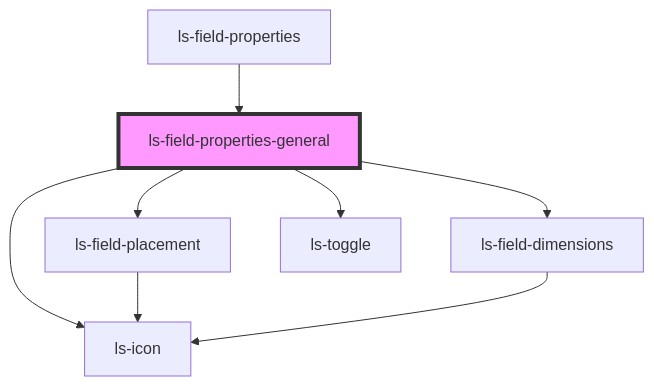
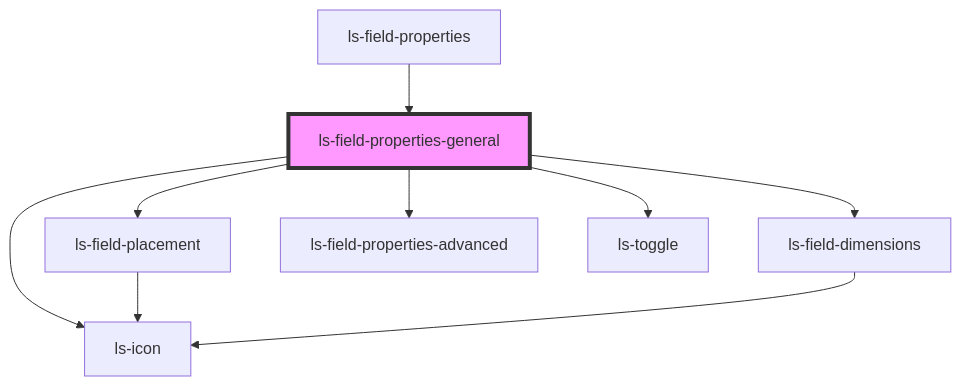
One commit to legalesign/ls-document-viewer changed the diagram in src/components/ls-field-properties-general/readme.md. Above: the diagram before and after it, drawn with Mermaid. The commit also changed other lines of this file and 25 other files, not shown here.

````diff
--- a/src/components/ls-field-properties-general/readme.md
+++ b/src/components/ls-field-properties-general/readme.md
@@ -30,11 +31,12 @@
 ```mermaid
 graph TD;
   ls-field-properties-general --> ls-field-placement
   ls-field-properties-general --> ls-field-dimensions
+  ls-field-properties-general --> ls-field-properties-advanced
   ls-field-properties-general --> ls-icon
   ls-field-properties-general --> ls-toggle
   ls-field-placement --> ls-icon
   ls-field-dimensions --> ls-icon
   ls-field-properties --> ls-field-properties-general
   style ls-field-properties-general fill:#f9f,stroke:#333,stroke-width:4px
 ```
````
